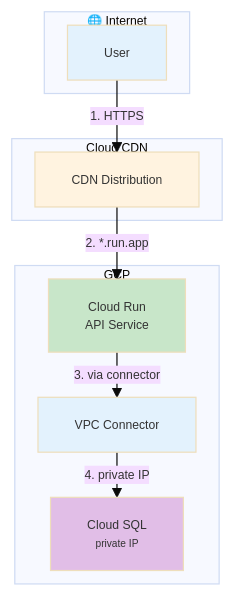
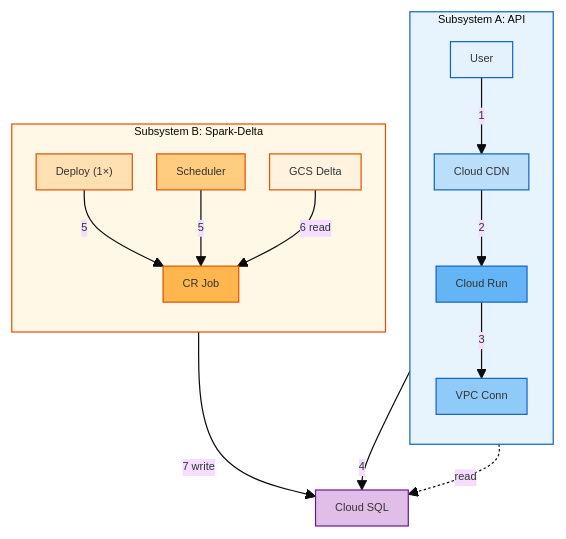
Before and after one commit to horselord-joe-8053/ultra-fru-genai-analytics-new: the fourth of 4 diagrams in docs/learned/cloud_shared/ARCHITECTURE_AWS_GCP_GENERAL.md, drawn with Mermaid. The commit also changed other lines of this file and 14 other files, not shown here.

Commit message:
Restructure ARCHITECTURE doc: Kube vs Nonkube comparison, side-by-side diagrams, colored tables

````diff
--- a/docs/learned/cloud_shared/ARCHITECTURE_AWS_GCP_GENERAL.md
+++ b/docs/learned/cloud_shared/ARCHITECTURE_AWS_GCP_GENERAL.md
@@ -146,28 +183,43 @@
 ```mermaid
-%%{init: {'theme':'base', 'themeVariables': {'fontSize':'10px', 'fontFamily':'sans-serif'}, 'flowchart': {'nodeSpacing':18, 'rankSpacing':22}}}%%
+%%{init: {'theme':'base', 'themeVariables': {'fontSize':'9px', 'fontFamily':'sans-serif'}, 'flowchart': {'nodeSpacing':20, 'rankSpacing':24, 'padding':8, 'useMaxWidth':true}}}%%
 flowchart TB
-    subgraph ext4["🌐 Internet"]
+    subgraph subA4["Subsystem A: API"]
+        direction TB
         U4["User"]
+        CDN4["Cloud CDN"]
+        CR4["Cloud Run"]
+        VPC4["VPC Conn"]
+        U4 -->|"1"| CDN4
+        CDN4 -->|"2"| CR4
+        CR4 -->|"3"| VPC4
     end
 
-    subgraph cdn4["Cloud CDN"]
-        CDN4["CDN Distribution"]
+    subgraph subB4["Subsystem B: Spark-Delta"]
+        direction TB
+        BOOT4["Deploy (1×)"]
+        CS4["Scheduler"]
+        CRJ4["CR Job"]
+        GCS4["GCS Delta"]
+        BOOT4 -->|"5"| CRJ4
+        CS4 -->|"5"| CRJ4
+        GCS4 -->|"6 read"| CRJ4
     end
 
-    subgraph gcp4["GCP"]
-        CR4["Cloud Run<br/>API Service"]
-        VPC4["VPC Connector"]
-        SQL4["Cloud SQL<br/><small>private IP</small>"]
-    end
+    SQL4["Cloud SQL"]
 
-    U4 -->|"1. HTTPS"| CDN4
-    CDN4 -->|"2. *.run.app"| CR4
-    CR4 -->|"3. via connector"| VPC4
-    VPC4 -->|"4. private IP"| SQL4
+    VPC4 -->|"4"| SQL4
+    CRJ4 -->|"7 write"| SQL4
+    CR4 -.->|"read"| SQL4
 
-    style U4 fill:#e3f2fd
-    style CDN4 fill:#fff3e0
-    style CR4 fill:#c8e6c9
-    style VPC4 fill:#e3f2fd
-    style SQL4 fill:#e1bee7
+    style U4 fill:#e3f2fd,stroke:#1565c0
+    style CDN4 fill:#bbdefb,stroke:#1565c0
+    style CR4 fill:#64b5f6,stroke:#1565c0
+    style VPC4 fill:#90caf9,stroke:#1565c0
+    style subA4 fill:#e8f4fd,stroke:#1565c0
+    style subB4 fill:#fff8e6,stroke:#e65100
+    style BOOT4 fill:#ffe0b2,stroke:#e65100
+    style CS4 fill:#ffcc80,stroke:#e65100
+    style CRJ4 fill:#ffb74d,stroke:#e65100
+    style GCS4 fill:#fff3e0,stroke:#e65100
+    style SQL4 fill:#e1bee7,stroke:#6a1b9a
 ```
````
